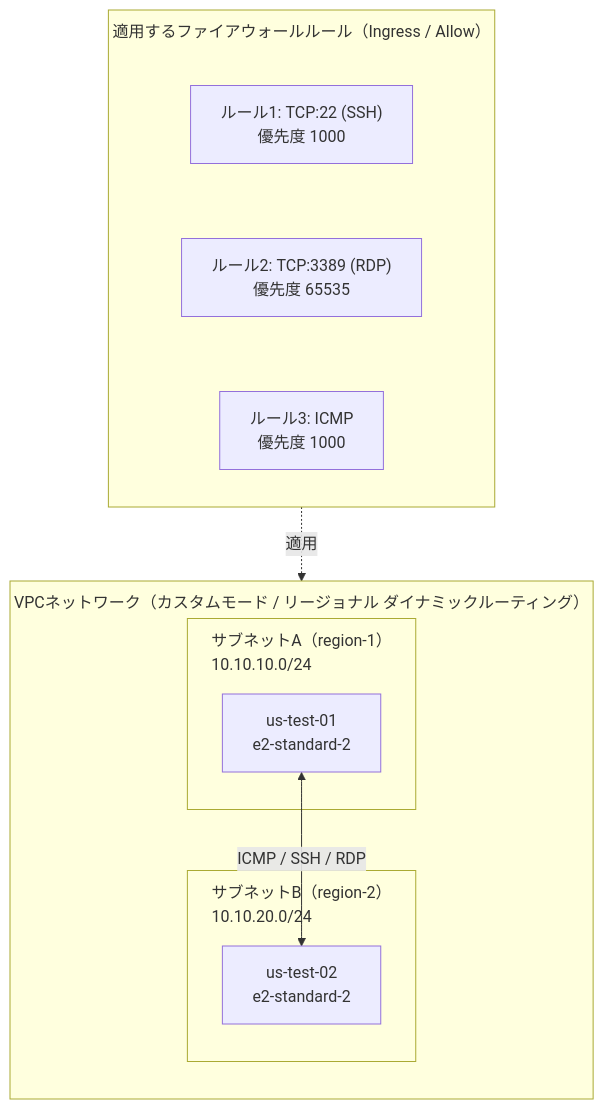
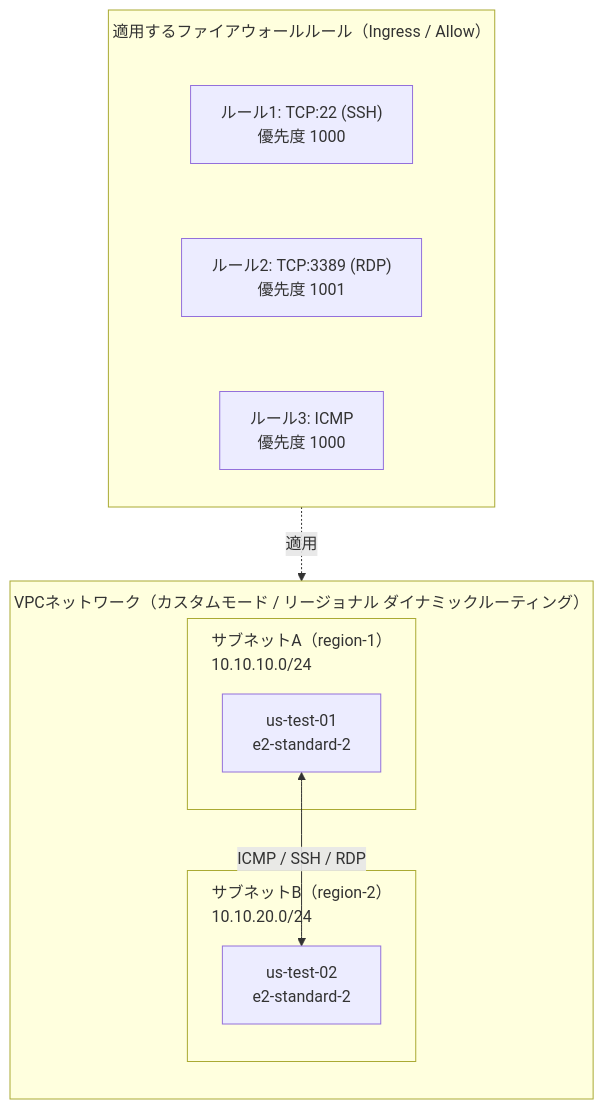
Before and after one commit to myoshi2891/Cloud-Infrastructure-Studies: the first of 4 diagrams in Gcp-vpc-network-challenge-lab-guide.md, drawn with Mermaid. The commit also changed other lines of this file, not shown here.

Commit message:
docs(vpc-lab): correct RDP priority and naming scope

````diff
--- a/Gcp-vpc-network-challenge-lab-guide.md
+++ b/Gcp-vpc-network-challenge-lab-guide.md
@@ -30,22 +30,22 @@
 ```mermaid
 %%{init: {'flowchart': {'subGraphTitleMargin': {'top': 10, 'bottom': 28}}} }%%
 flowchart TB
     subgraph FW["適用するファイアウォールルール（Ingress / Allow）"]
         direction TB
         FW1["ルール1: TCP:22 (SSH)<br/>優先度 1000"]
-        FW2["ルール2: TCP:3389 (RDP)<br/>優先度 65535"]
+        FW2["ルール2: TCP:3389 (RDP)<br/>優先度 1001"]
         FW3["ルール3: ICMP<br/>優先度 1000"]
         FW1 ~~~ FW2 ~~~ FW3
     end
     subgraph VPC["VPCネットワーク（カスタムモード / リージョナル ダイナミックルーティング）"]
         direction TB
         subgraph SubnetA["サブネットA（region-1）<br/>10.10.10.0/24"]
             VM1["us-test-01<br/>e2-standard-2"]
         end
         subgraph SubnetB["サブネットB（region-2）<br/>10.10.20.0/24"]
             VM2["us-test-02<br/>e2-standard-2"]
         end
         VM1 <-->|ICMP / SSH / RDP| VM2
     end
     FW -. 適用 .-> VPC
 ```
````
